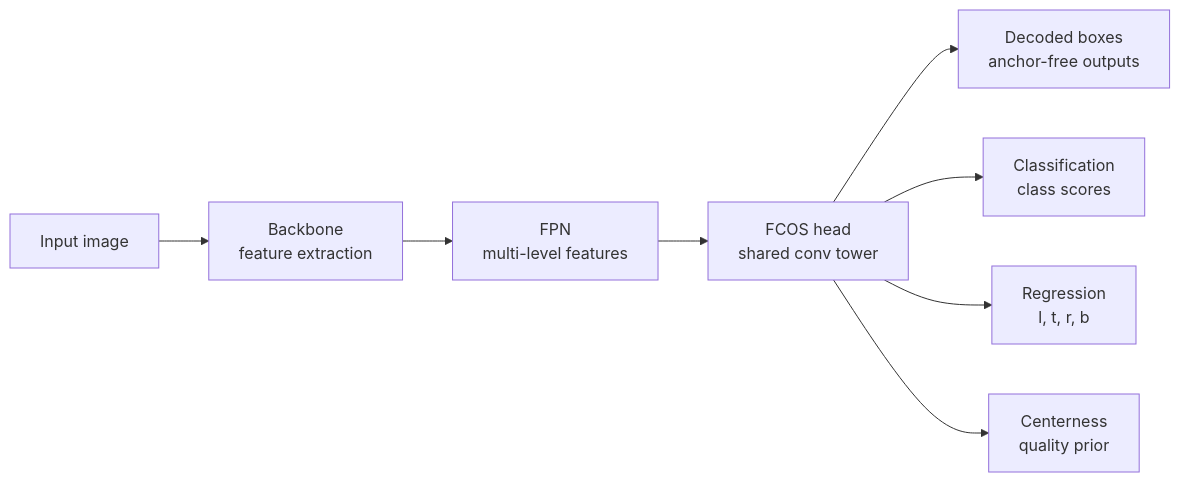
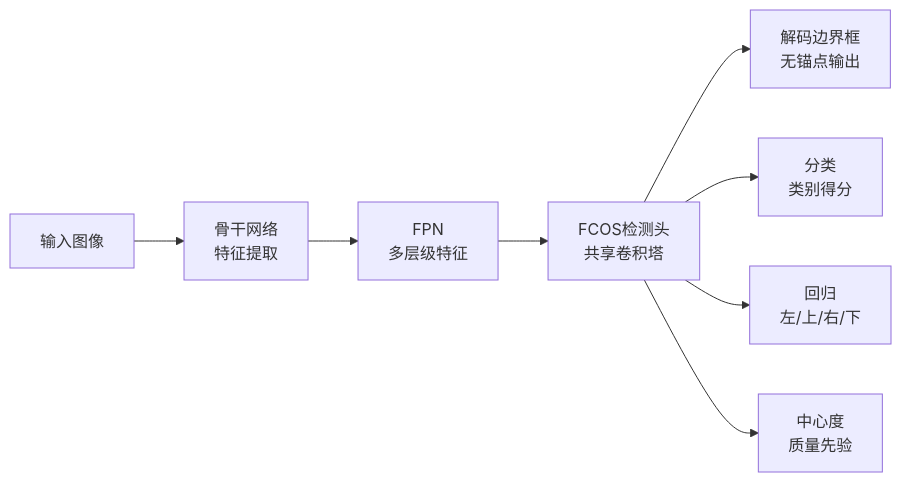
The fourth of 9 diagrams in thesis_figures_guide.md (kkkhs/graduation_project), drawn with Mermaid before and after one commit. The commit also changed other lines of this file and 11 other files, not shown here.

First line of the commit message:
docs: 翻译 thesis_figures_guide.md 所有 Mermaid 节点为中文

````diff
--- a/thesis_figures_guide.md
+++ b/thesis_figures_guide.md
@@ -93,11 +93,11 @@
 ```mermaid
 flowchart LR
-    A[Input image] --> B[Backbone<br/>feature extraction]
-    B --> C[FPN<br/>multi-level features]
-    C --> D[FCOS head<br/>shared conv tower]
-    D --> E[Decoded boxes<br/>anchor-free outputs]
+    A[输入图像] --> B[骨干网络<br/>特征提取]
+    B --> C[FPN<br/>多层级特征]
+    C --> D[FCOS检测头<br/>共享卷积塔]
+    D --> E[解码边界框<br/>无锚点输出]
 
-    D --> F[Classification<br/>class scores]
-    D --> G[Regression<br/>l, t, r, b]
-    D --> H[Centerness<br/>quality prior]
+    D --> F[分类<br/>类别得分]
+    D --> G[回归<br/>左/上/右/下]
+    D --> H[中心度<br/>质量先验]
 ```
````
